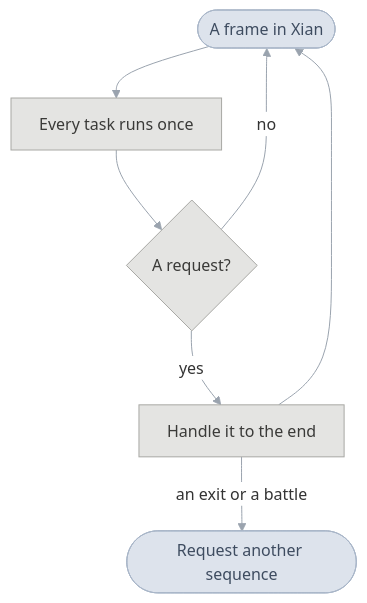
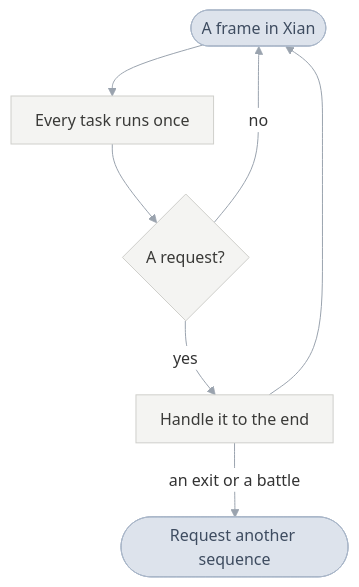
Before and after one commit to PascalPixel/alchemy: the fourth of 4 diagrams in games/tbs/README.md, drawn with Mermaid. The commit also changed other lines of this file, not shown here.

First line of the commit message:
☀️ Front page: the four charts run top to bottom in two shapes

````diff
--- a/games/tbs/README.md
+++ b/games/tbs/README.md
@@ -126,14 +113,15 @@
 ```mermaid
-%%{init: {"theme": "base", "themeVariables": {"lineColor": "#9AA3AE", "edgeLabelBackground": "#FFFFFF"}, "flowchart": {"curve": "basis", "padding": 14}}}%%
+%%{init: {"theme": "base", "themeVariables": {"lineColor": "#9AA3AE", "edgeLabelBackground": "#FFFFFF"}, "flowchart": {"curve": "basis", "padding": 12}}}%%
 flowchart TD
   frame(["A frame in Xian"]) --> tasks["Every task runs once"]
   tasks --> check{"A request?"}
   check -->|"no"| frame
   check -->|"yes"| handle["Handle it to the end"]
   handle --> frame
   handle -->|"an exit or a battle"| next(["Request another sequence"])
-  classDef flow fill:#DDE3EC,stroke:#A9B6C8,color:#3E4C60
-  classDef field fill:#E4E4E2,stroke:#A8A8A4,color:#3A3A38
-  class frame,next flow
-  class tasks,check,handle field
+  classDef link fill:#DDE3EC,stroke:#A9B6C8,color:#3E4C60
+  classDef step fill:#F4F4F2,stroke:#CFCFCB,color:#3A3A38
+  class frame,next link
+  class tasks,handle step
+  class check step
 ```
````
